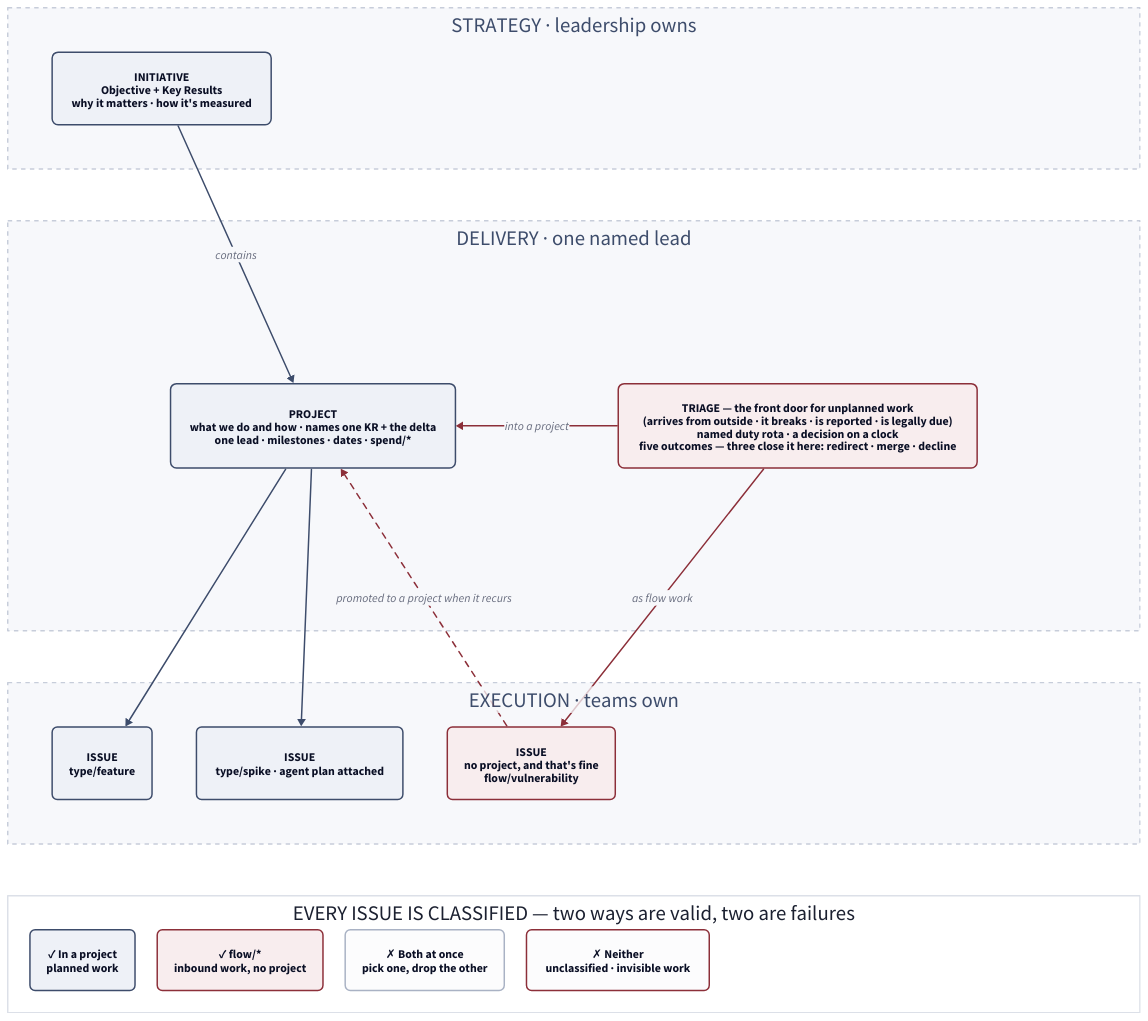
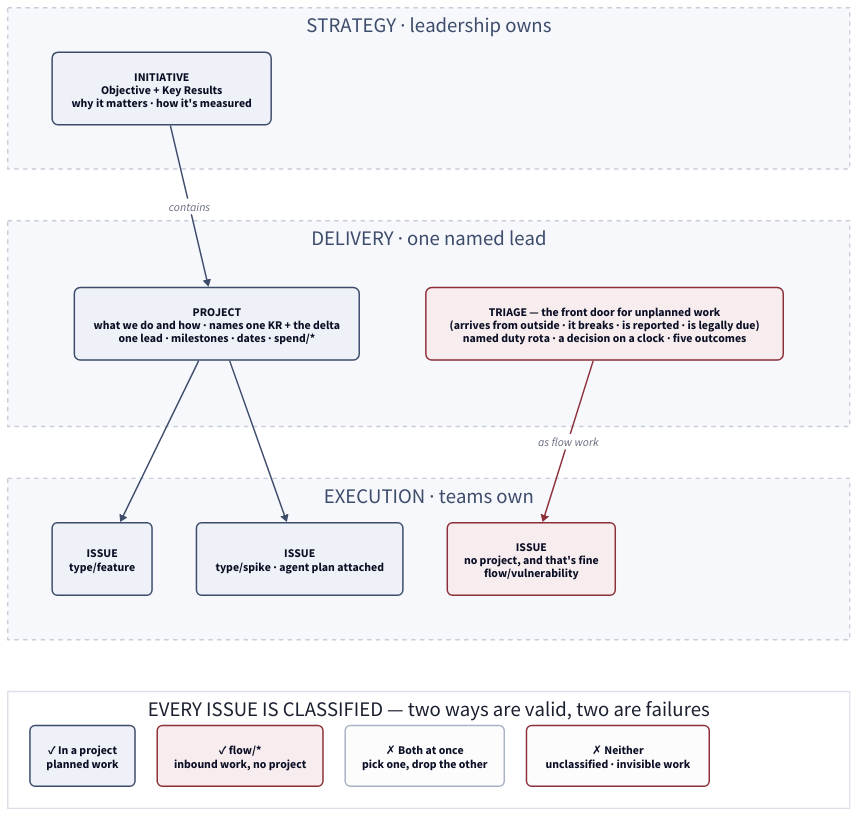
One commit to hungovercoders/linear-work-management changed the diagram in docs/diagrams/model.d2. Above: the diagram before and after it, drawn with D2.

Commit message:
refine(GRI-69): simplify home model to two clean paths
Remove promotions and the triage->project cross-arrow at this high level.
Keep two parallel top-to-bottom paths:
- strategic: initiative -> project -> issues
- external:  triage -> flow issue

````diff
--- a/docs/diagrams/model.d2
+++ b/docs/diagrams/model.d2
@@ -1,74 +1,74 @@
 # Canonical operating-model diagram. Edit this, not the rendered SVG.
 # Rendered inline on the cheat sheet via Kroki (```kroki-d2```).
-# Bands stack TOP-TO-BOTTOM as swimlanes; the drive is INITIATIVE -> PROJECT -> ISSUE
-# down the left, with the inbound/flow lane down the right through TRIAGE.
+# Two paths, both flowing top-to-bottom through the ownership bands:
+#   strategic:  INITIATIVE -> PROJECT -> ISSUE
+#   external:   TRIAGE -> ISSUE (flow work)
 
 grid-columns: 1
 grid-gap: 70
 direction: down
 
 # ---------- STRATEGY band ----------
 strategy: "STRATEGY  ·  leadership owns" {
   grid-rows: 1
   style: {fill: "#F7F8FB"; stroke: "#C7CDDA"; stroke-dash: 3; font-color: "#3D4C6B"}
   initiative: "INITIATIVE\nObjective + Key Results\nwhy it matters · how it's measured" {
     style: {fill: "#EEF1F7"; stroke: "#3D4C6B"; border-radius: 8; bold: true}
   }
 }
 
 # ---------- DELIVERY band ----------
 delivery: "DELIVERY  ·  one named lead" {
   grid-rows: 1
-  grid-gap: 220
+  grid-gap: 90
   style: {fill: "#F7F8FB"; stroke: "#C7CDDA"; stroke-dash: 3; font-color: "#3D4C6B"}
   project: "PROJECT\nwhat we do and how · names one KR + the delta\none lead · milestones · dates · spend/*" {
     style: {fill: "#EEF1F7"; stroke: "#3D4C6B"; border-radius: 8; bold: true}
   }
-  triage: "TRIAGE — the front door for unplanned work\n(arrives from outside · it breaks · is reported · is legally due)\nnamed duty rota · a decision on a clock\nfive outcomes — three close it here: redirect · merge · decline" {
+  triage: "TRIAGE — the front door for unplanned work\n(arrives from outside · it breaks · is reported · is legally due)\nnamed duty rota · a decision on a clock · five outcomes" {
     style: {fill: "#F8EDEE"; stroke: "#8C2F39"; border-radius: 8; bold: true}
   }
 }
 
 # ---------- EXECUTION band ----------
 execution: "EXECUTION  ·  teams own" {
   grid-rows: 1
   grid-gap: 60
   style: {fill: "#F7F8FB"; stroke: "#C7CDDA"; stroke-dash: 3; font-color: "#3D4C6B"}
   issue1: "ISSUE\ntype/feature" {
     style: {fill: "#EEF1F7"; stroke: "#3D4C6B"; border-radius: 7}
   }
   issue2: "ISSUE\ntype/spike · agent plan attached" {
     style: {fill: "#EEF1F7"; stroke: "#3D4C6B"; border-radius: 7}
   }
   flowissue: "ISSUE\nno project, and that's fine\nflow/vulnerability" {
     style: {fill: "#F8EDEE"; stroke: "#8C2F39"; border-radius: 7}
   }
 }
 
 # ---------- classification rule strip ----------
 rule: "EVERY ISSUE IS CLASSIFIED — two ways are valid, two are failures" {
   grid-rows: 1
   grid-gap: 30
   style: {fill: "#FFFFFF"; stroke: "#DCE0E8"; font-color: "#1B2030"}
   ok_project: "✓ In a project\nplanned work" {
     style: {fill: "#EEF1F7"; stroke: "#3D4C6B"; border-radius: 7}
   }
   ok_flow: "✓ flow/*\ninbound work, no project" {
     style: {fill: "#F8EDEE"; stroke: "#8C2F39"; border-radius: 7}
   }
   bad_both: "✗ Both at once\npick one, drop the other" {
     style: {fill: "#FCFCFD"; stroke: "#A9B2C4"; border-radius: 7}
   }
   bad_neither: "✗ Neither\nunclassified · invisible work" {
     style: {fill: "#FCFCFD"; stroke: "#8C2F39"; stroke-width: 2; border-radius: 7}
   }
 }
 
-# ---------- the top-to-bottom drive + the flow lane ----------
+# ---------- strategic path (blue) ----------
 strategy.initiative -> delivery.project: contains {style.stroke: "#3D4C6B"}
 delivery.project -> execution.issue1: {style.stroke: "#3D4C6B"}
 delivery.project -> execution.issue2: {style.stroke: "#3D4C6B"}
 
-delivery.triage -> delivery.project: into a project {style.stroke: "#8C2F39"}
+# ---------- external path (red) ----------
 delivery.triage -> execution.flowissue: as flow work {style.stroke: "#8C2F39"}
-execution.flowissue -> delivery.project: promoted to a project when it recurs {style: {stroke: "#8C2F39"; stroke-dash: 4}}
````
